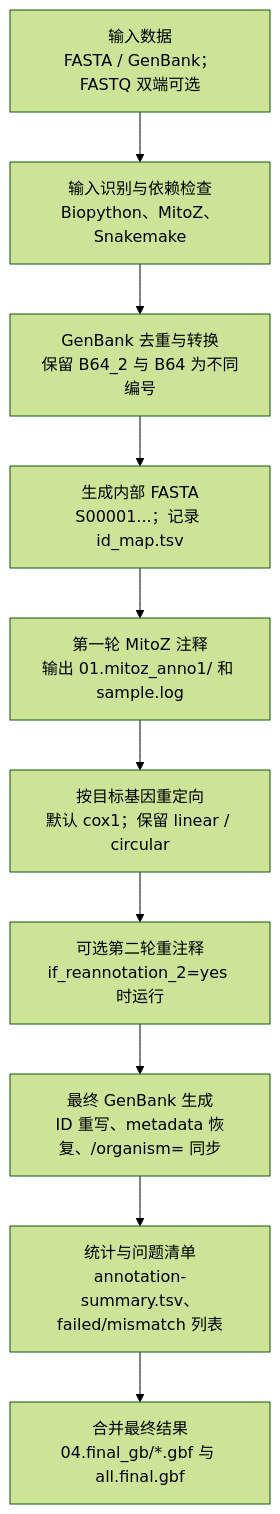
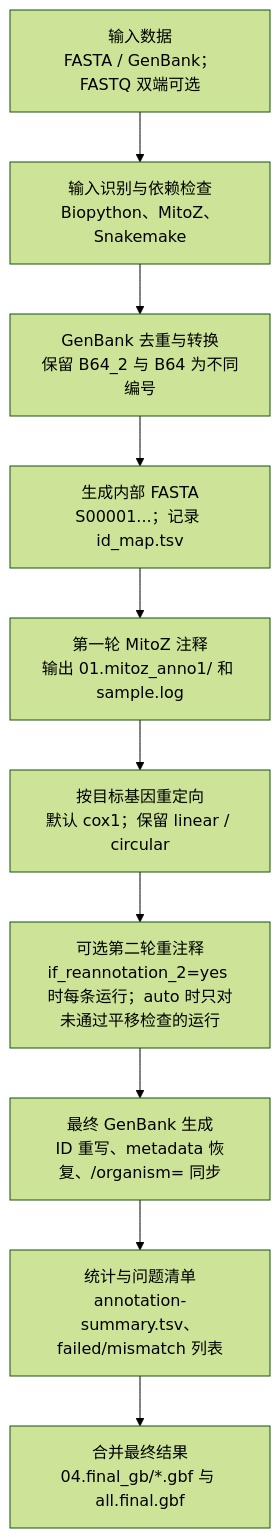
One commit to deyuanyang92-dev/Temp_scripts changed the first of 2 diagrams in Mitoz-annotate/README.md. Above: the diagram before and after it, drawn with Mermaid (forest theme). The commit also changed other lines of this file and 99 other files, not shown here.

````diff
--- a/Mitoz-annotate/README.md
+++ b/Mitoz-annotate/README.md
@@ -914,14 +930,14 @@
 ```mermaid
 flowchart TD
     A["输入数据<br/>FASTA / GenBank；FASTQ 双端可选"]
     B["输入识别与依赖检查<br/>Biopython、MitoZ、Snakemake"]
     C["GenBank 去重与转换<br/>保留 B64_2 与 B64 为不同编号"]
     D["生成内部 FASTA<br/>S00001...；记录 id_map.tsv"]
     E["第一轮 MitoZ 注释<br/>输出 01.mitoz_anno1/ 和 sample.log"]
     F["按目标基因重定向<br/>默认 cox1；保留 linear / circular"]
-    G["可选第二轮重注释<br/>if_reannotation_2=yes 时运行"]
+    G["可选第二轮重注释<br/>if_reannotation_2=yes 时每条运行；auto 时只对未通过平移检查的运行"]
     H["最终 GenBank 生成<br/>ID 重写、metadata 恢复、/organism= 同步"]
     I["统计与问题清单<br/>annotation-summary.tsv、failed/mismatch 列表"]
     J["合并最终结果<br/>04.final_gb/*.gbf 与 all.final.gbf"]
     A --> B --> C --> D --> E --> F --> G --> H --> I --> J
 ```
````
